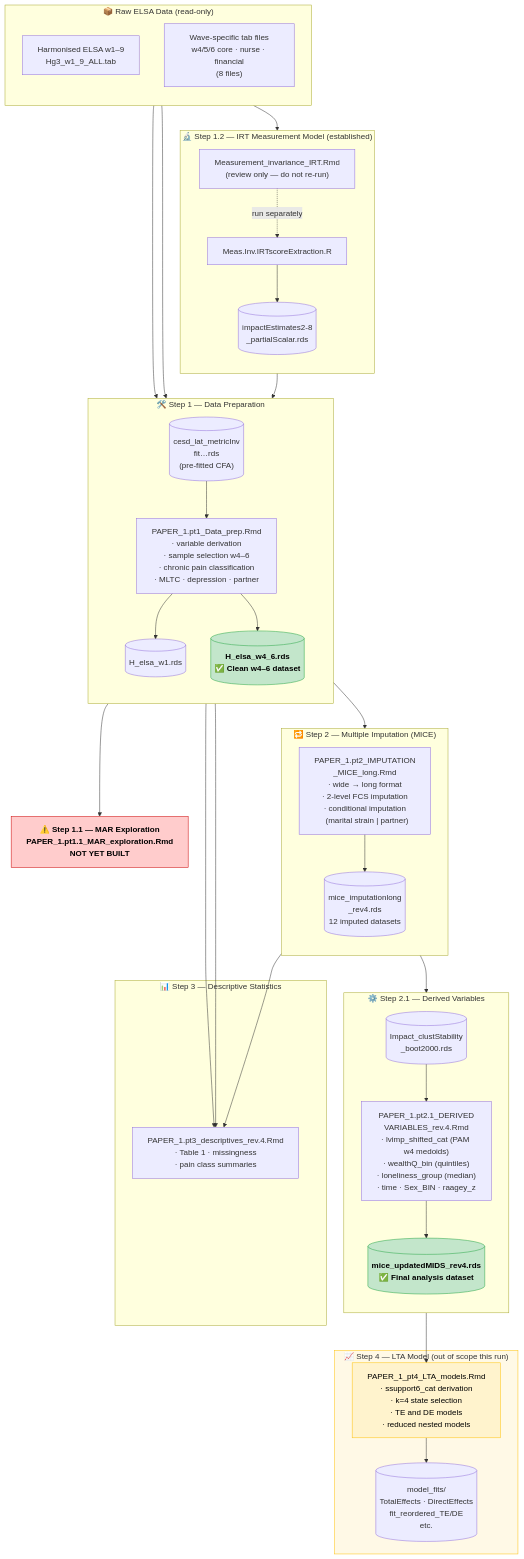
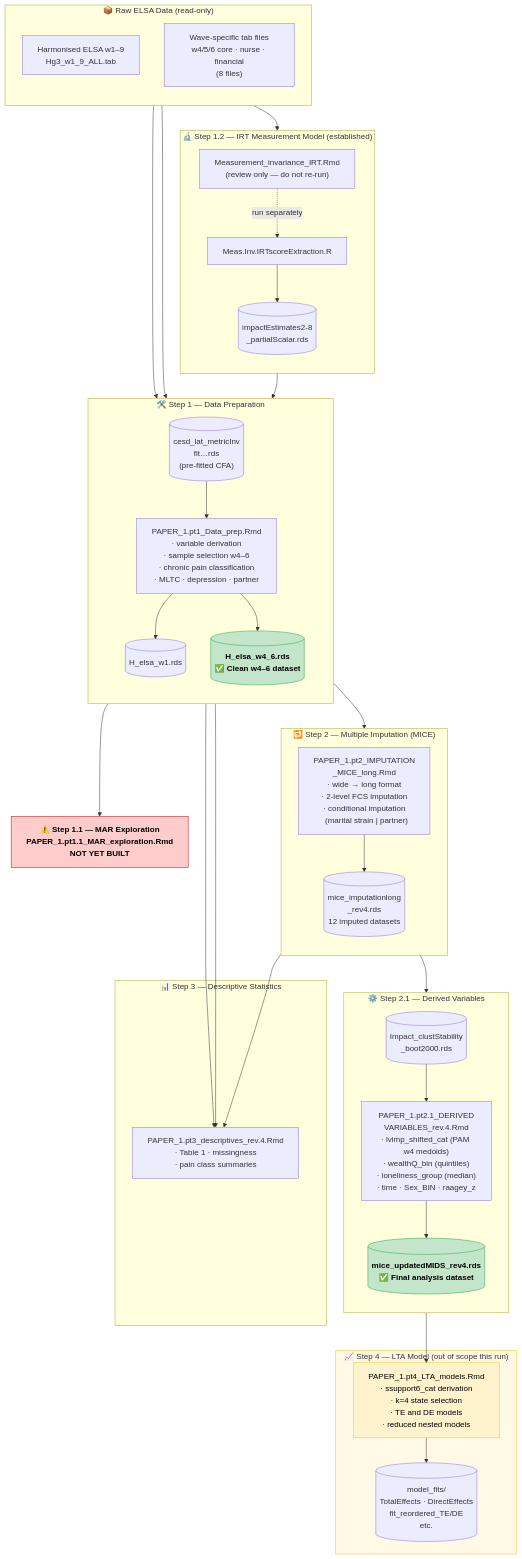
One commit to UCL/ELSA-partners changed the diagram in output/data_flow.md. Above: the diagram before and after it, drawn with Mermaid. The commit also changed other lines of this file, not shown here.

Commit message:
updated mermeid

```diff
--- a/output/data_flow.md
+++ b/output/data_flow.md
@@ -80,7 +80,7 @@
     %%  STAGE 4 — LTA model (out of scope)
     %% ─────────────────────────────────────────────
     subgraph LTA["📈 Step 4 — LTA Model (out of scope this run)"]
-        PT4["PAPER_1_pt4_LTA_models.Rmd\n· ssupport6_cat derivation\n· k=4 state selection\n· TE and DE models\n· reduced nested models"]
+        PT4["PAPER_1.pt4_LTA_models.Rmd\n· ssupport6_cat derivation\n· k=4 state selection\n· TE and DE models\n· reduced nested models"]
         MODELS[("model_fits/\nTotalEffects · DirectEffects\nfit_reordered_TE/DE\netc.")]
         PT4 --> MODELS
     end
```
